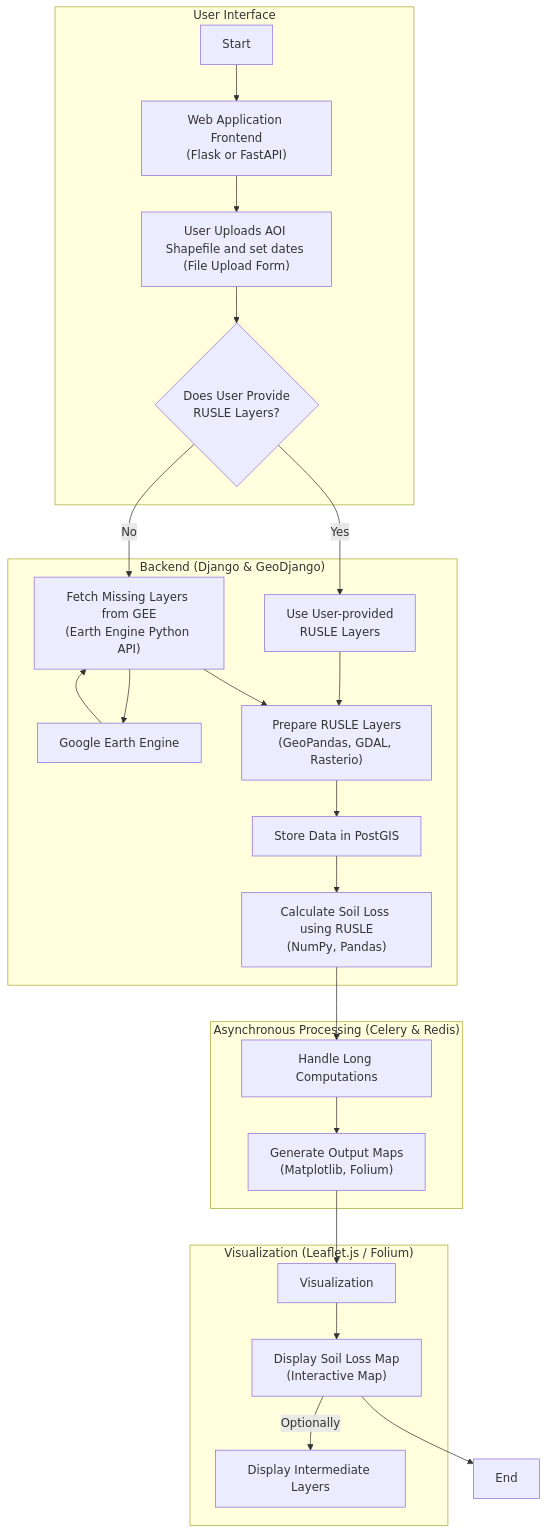
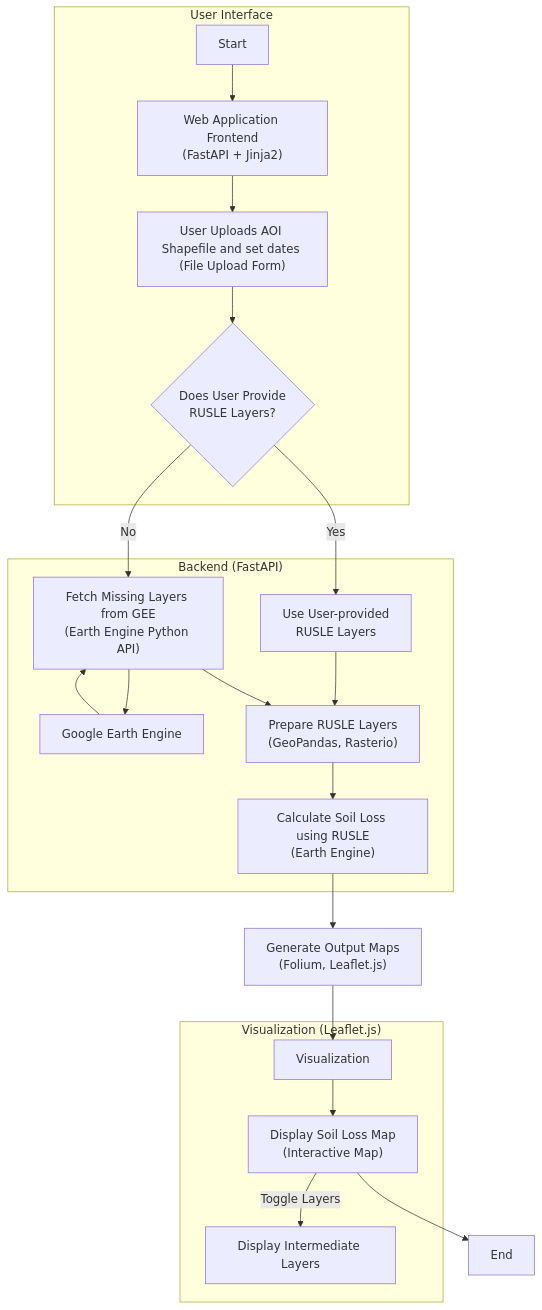
The diagram in README.md (nriveras/RUSLE), drawn with Mermaid before and after one commit. The commit also changed other lines of this file and 21 other files, not shown here.

````diff
--- a/README.md
+++ b/README.md
@@ -60,33 +111,28 @@
 ```mermaid
 graph TD
     subgraph "User Interface"
-        Start[Start] --> UI["Web Application Frontend<br>(Flask or FastAPI)<br/>"]
+        Start[Start] --> UI["Web Application Frontend<br>(FastAPI + Jinja2)<br/>"]
         UI --> InputAOI["User Uploads AOI Shapefile and set dates <br>(File Upload Form)<br/>"]
         InputAOI --> CheckLayers{"Does User Provide<br/>RUSLE Layers?<br>"}
     end
 
-    subgraph "Backend (Django & GeoDjango)"
+    subgraph "Backend (FastAPI)"
         CheckLayers --> |Yes| UseUserLayers["Use User-provided<br>RUSLE Layers<br/>"]
         CheckLayers --> |No| FetchLayers["Fetch Missing Layers from GEE<br>(Earth Engine Python API)<br/>"]
         FetchLayers --> GEE["Google Earth Engine"]
         GEE --> FetchLayers
-        UseUserLayers & FetchLayers --> PrepareLayers["Prepare RUSLE Layers<br>(GeoPandas, GDAL, Rasterio)<br/>"]
-        PrepareLayers --> StoreData["Store Data in PostGIS"]
-        StoreData --> CalculateRUSLE["Calculate Soil Loss using RUSLE<br>(NumPy, Pandas)<br/>"]
+        UseUserLayers & FetchLayers --> PrepareLayers["Prepare RUSLE Layers<br>(GeoPandas, Rasterio)<br/>"]
+        PrepareLayers --> CalculateRUSLE["Calculate Soil Loss using RUSLE<br>(Earth Engine)<br/>"]
     end
 
-    subgraph "Asynchronous Processing (Celery & Redis)"
-        CalculateRUSLE --> AsyncProcessing["Handle Long Computations"]
-        AsyncProcessing --> GenerateMaps["Generate Output Maps<br>(Matplotlib, Folium)<br/>"]
-    end
+    CalculateRUSLE --> GenerateMaps["Generate Output Maps<br>(Folium, Leaflet.js)<br/>"]
 
     GenerateMaps --> Visualization
 
-    subgraph "Visualization (Leaflet.js / Folium)"
+    subgraph "Visualization (Leaflet.js)"
         Visualization --> DisplayResults["Display Soil Loss Map<br>(Interactive Map)<br/>"]
-        DisplayResults --> |Optionally| DisplayIntermediate["Display Intermediate Layers"]
+        DisplayResults --> |Toggle Layers| DisplayIntermediate["Display Intermediate Layers"]
     end
 
     DisplayResults --> End[End]
-
 ```
````
